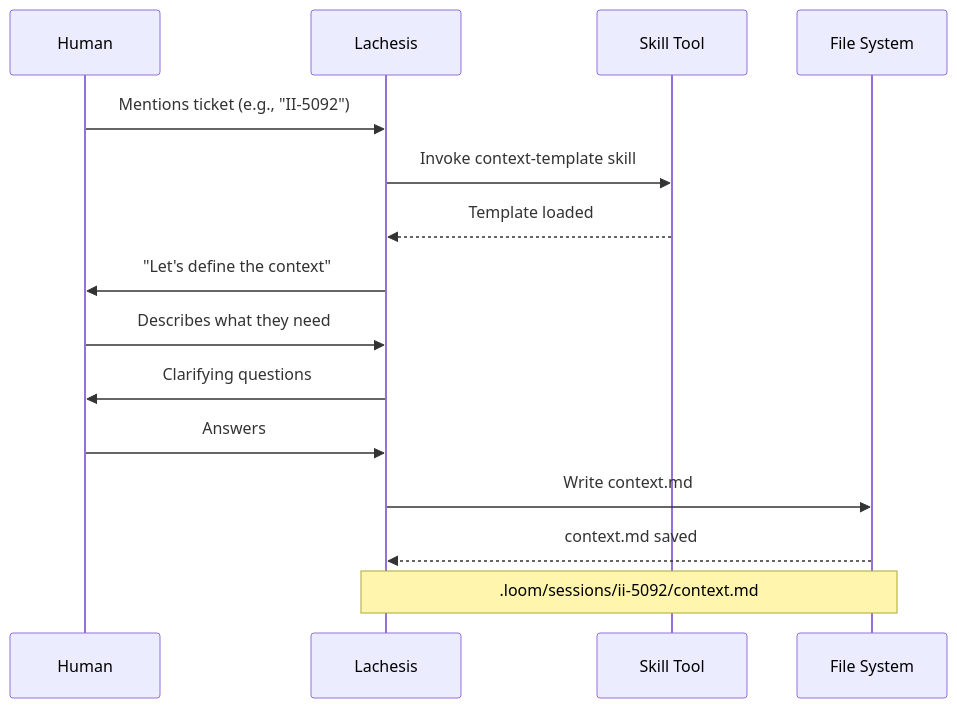
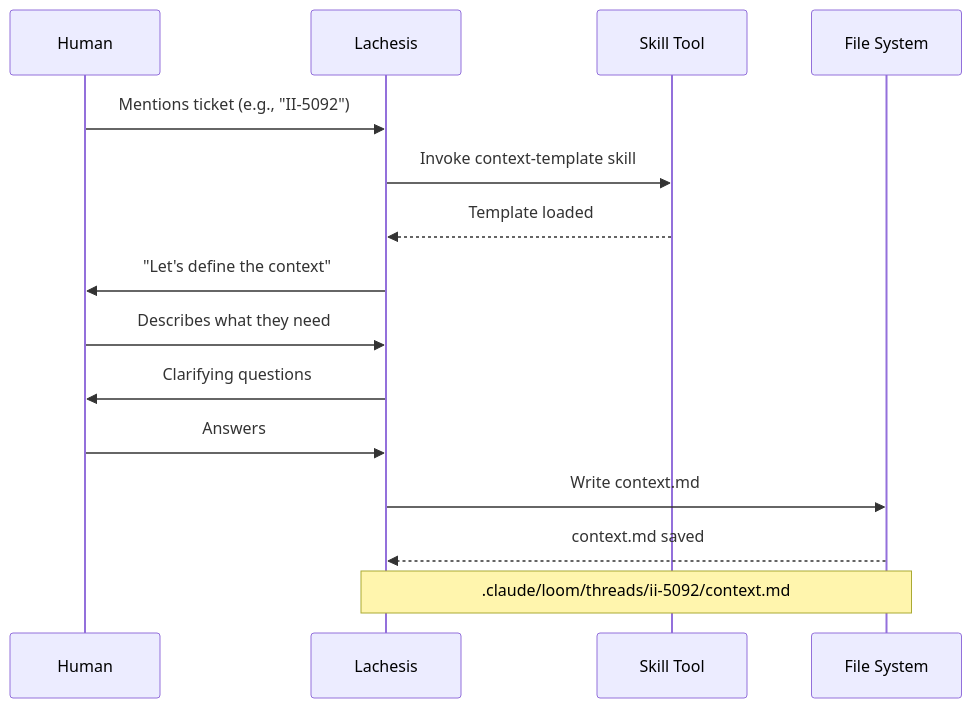
Before and after one commit to beingfrankly/loom: the second of 10 diagrams in loom/WORKFLOW.md, drawn with Mermaid. The commit also changed other lines of this file and 16 other files, not shown here.

First line of the commit message:
refactor: move session path from .loom/sessions to .claude/loom/threads

````diff
--- a/loom/WORKFLOW.md
+++ b/loom/WORKFLOW.md
@@ -96,21 +96,21 @@
 ```mermaid
 sequenceDiagram
     participant H as Human
     participant L as Lachesis
     participant SK as Skill Tool
     participant FS as File System
 
     H->>L: Mentions ticket (e.g., "II-5092")
     L->>SK: Invoke context-template skill
     SK-->>L: Template loaded
 
     L->>H: "Let's define the context"
     H->>L: Describes what they need
     L->>H: Clarifying questions
     H->>L: Answers
 
     L->>FS: Write context.md
     FS-->>L: context.md saved
 
-    Note over L,FS: .loom/sessions/ii-5092/context.md
+    Note over L,FS: .claude/loom/threads/ii-5092/context.md
 ```
````
